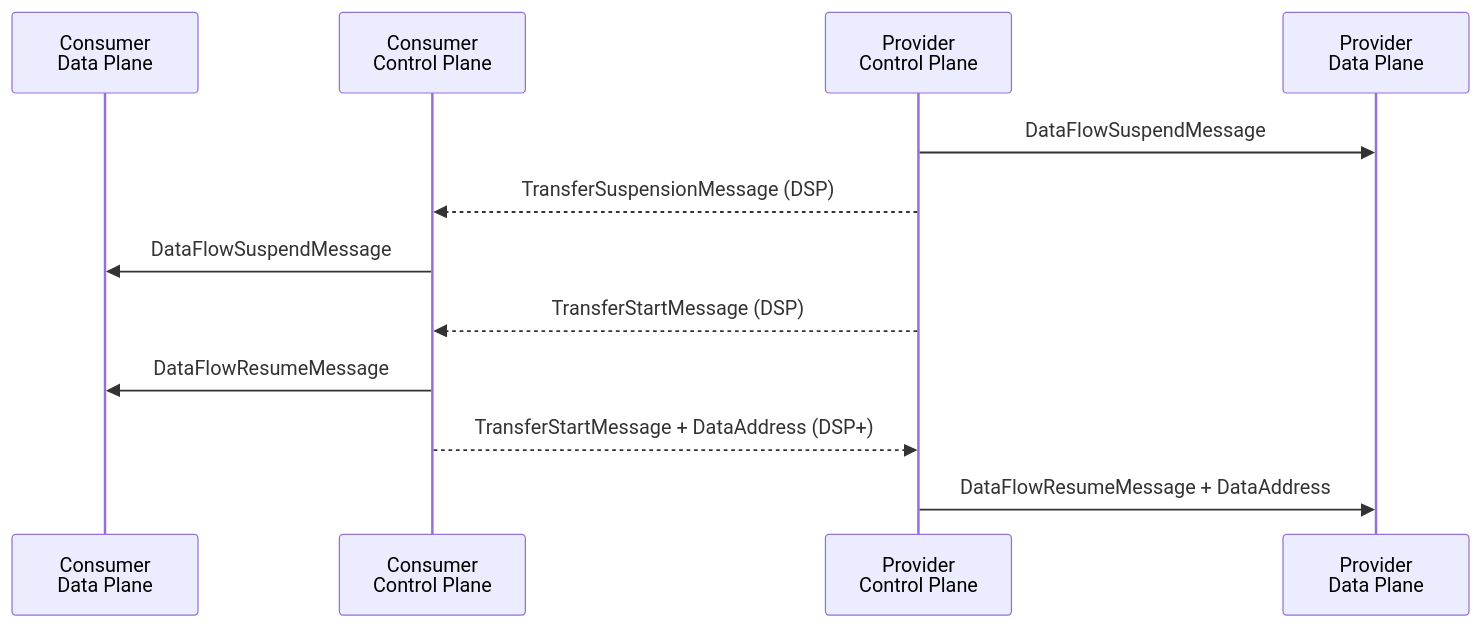
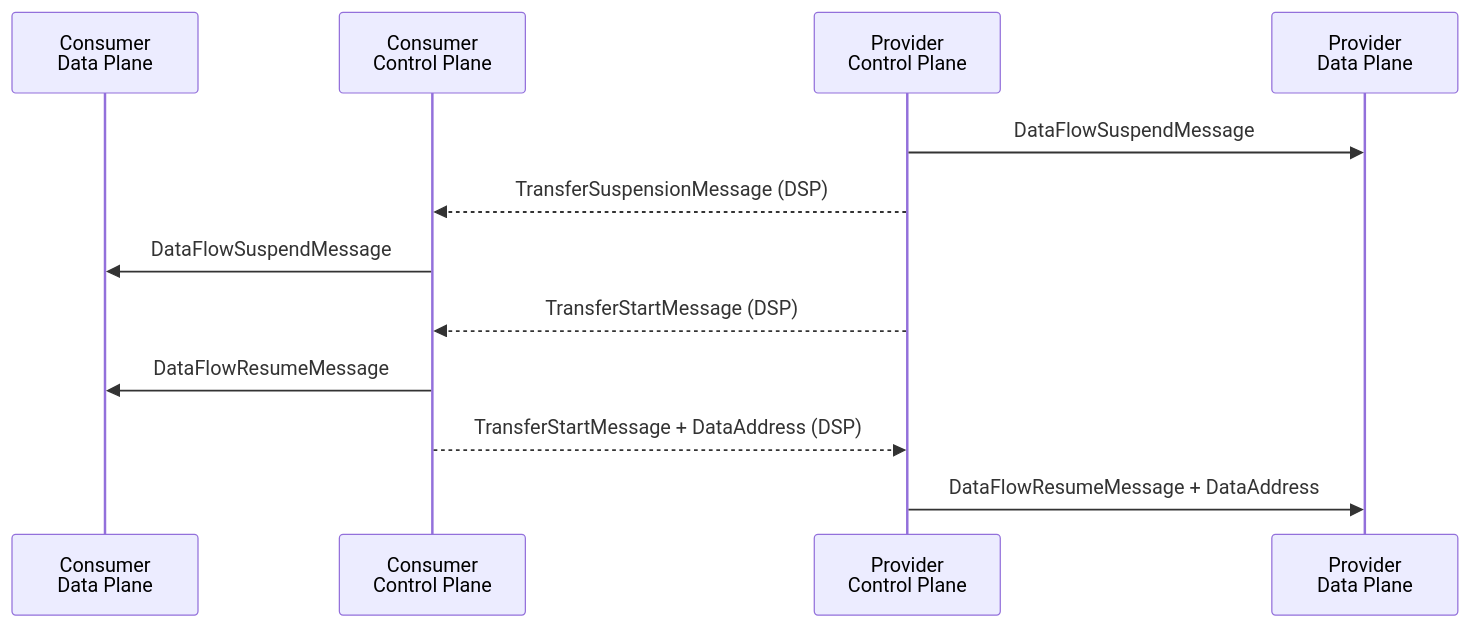
The fifth of 9 diagrams in docs/signaling.md (eclipse-dataplane-signaling/dataplane-signaling), drawn with Mermaid before and after one commit. The commit also changed other lines of this file, not shown here.

Commit message:
docs: clean up resume flow (#74)

````diff
--- a/docs/signaling.md
+++ b/docs/signaling.md
@@ -226,15 +226,15 @@
 ```mermaid
 sequenceDiagram                 
       participant CDP as Consumer<br/>Data Plane             
       participant CCP as Consumer<br/>Control Plane             
       participant PCP as Provider<br/>Control Plane             
       participant PDP as Provider<br/>Data Plane             
       
       PCP->>PDP: DataFlowSuspendMessage
       PCP-->>CCP: TransferSuspensionMessage (DSP)
       CCP->>CDP: DataFlowSuspendMessage 
       PCP-->>CCP: TransferStartMessage (DSP)  
       CCP->>CDP: DataFlowResumeMessage  
-      CCP-->>PCP: TransferStartMessage + DataAddress (DSP+)
+      CCP-->>PCP: TransferStartMessage + DataAddress (DSP)
       PCP->>PDP: DataFlowResumeMessage + DataAddress 
 ```
````
